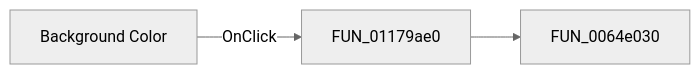
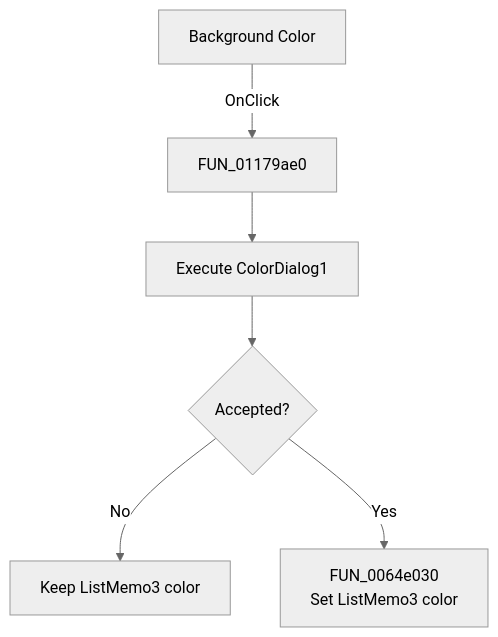
One commit to MovGP0/TIARA changed the diagram in docs/ui-controls/response-form1/backcolor6-30c535b73c.md. Above: the diagram before and after it, drawn with Mermaid (neutral theme). The commit also changed other lines of this file and 1062 other files, not shown here.

````diff
--- a/docs/ui-controls/response-form1/backcolor6-30c535b73c.md
+++ b/docs/ui-controls/response-form1/backcolor6-30c535b73c.md
@@ -27,5 +27,8 @@
 ```mermaid
-flowchart LR
+flowchart TD
     control["Background Color"] -->|OnClick| handler["FUN_01179ae0"]
-    handler --> call1["FUN_0064e030"]
+    handler --> dialog["Execute ColorDialog1"]
+    dialog --> accepted{"Accepted?"}
+    accepted -->|No| keep["Keep ListMemo3 color"]
+    accepted -->|Yes| apply["FUN_0064e030<br/>Set ListMemo3 color"]
 ```
````
